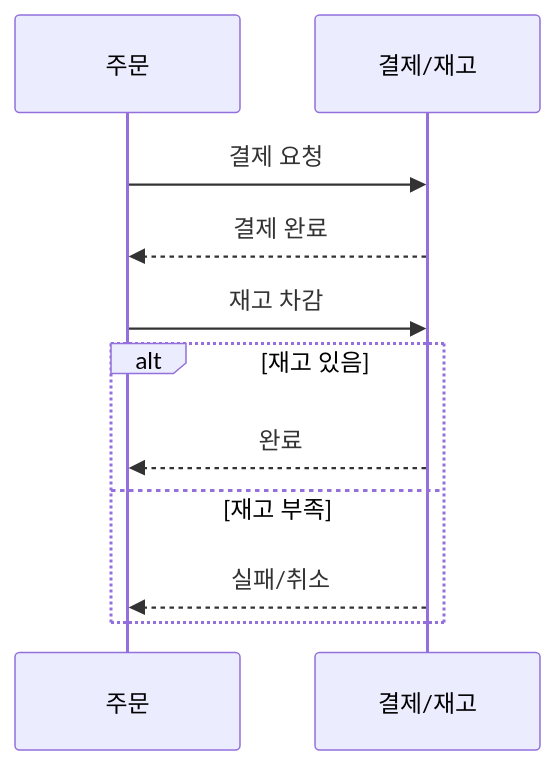
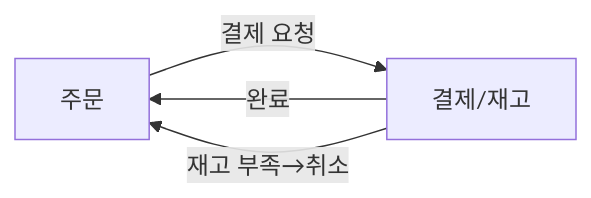
One commit to yjkim2015/yjkim2015.github.io changed diagram 11 of 15 in _posts/architecture/2026-05-02-msa-deep.md. Above: the diagram before and after it, drawn with Mermaid. The commit also changed other lines of this file and 163 other files, not shown here.

First line of the commit message:
Mermaid 300개 블록 내용 축소: 5노드 5엣지 이하, 의미 있는 약어

````diff
--- a/_posts/architecture/2026-05-02-msa-deep.md
+++ b/_posts/architecture/2026-05-02-msa-deep.md
@@ -375,13 +372,6 @@
 ```mermaid
-sequenceDiagram
-    participant OS as 주문
-    participant PS as 결제/재고
-    OS->>PS: 결제 요청
-    PS-->>OS: 결제 완료
-    OS->>PS: 재고 차감
-    alt 재고 있음
-        PS-->>OS: 완료
-    else 재고 부족
-        PS-->>OS: 실패/취소
-    end
+graph LR
+    OS["주문"] -->|"결제 요청"| PS["결제/재고"]
+    PS -->|"완료"| OS
+    PS -->|"재고 부족→취소"| OS
 ```
````
